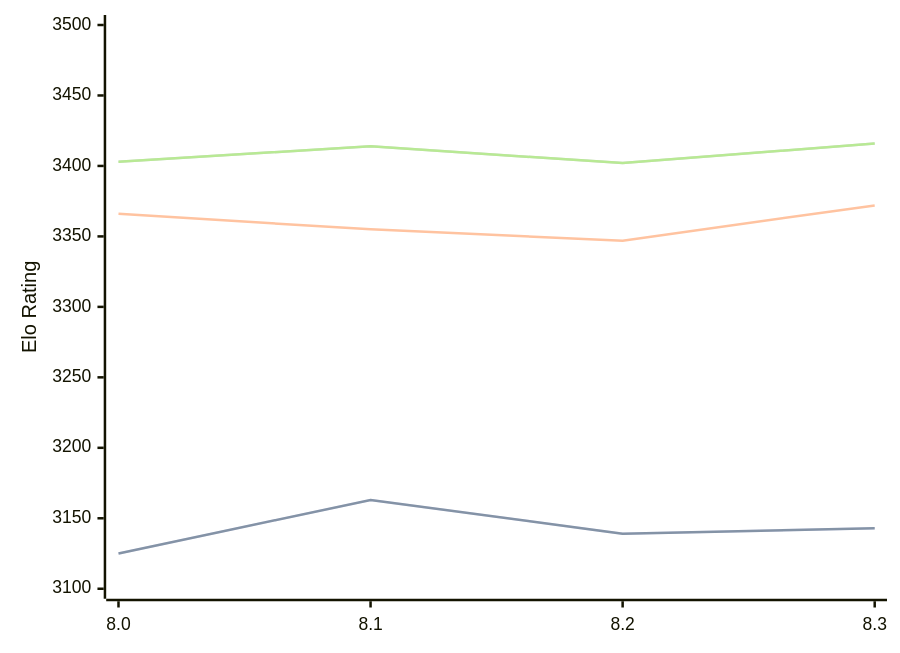
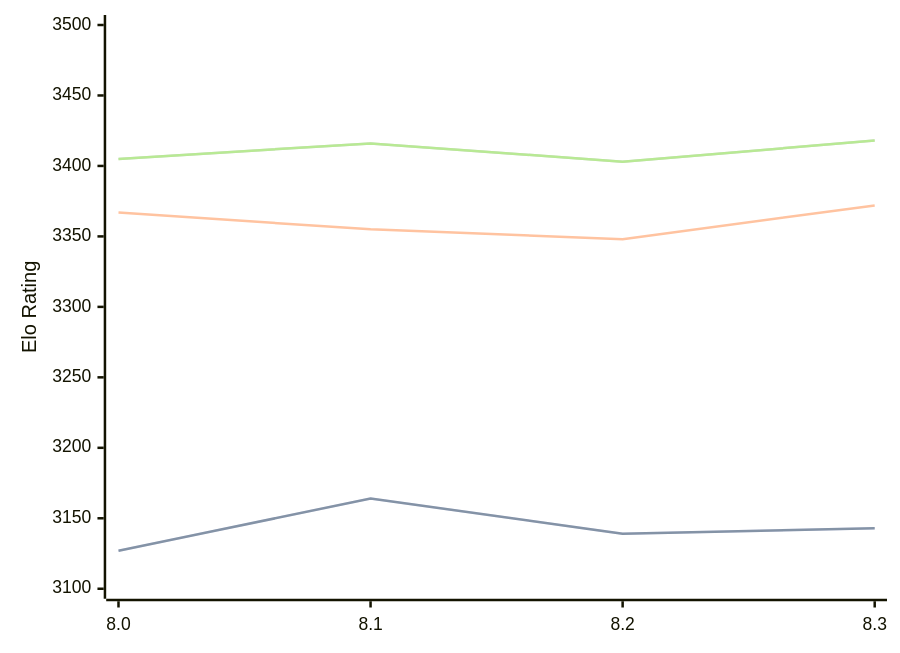
Before and after one commit to computer-chess-index/cci: the diagram in engines/Alexander.md, drawn with Mermaid. The commit also changed other lines of this file, not shown here.

Commit message:
Update CCI Ratings (ELO VLTC) - 2026-07-23

````diff
--- a/engines/Alexander.md
+++ b/engines/Alexander.md
@@ -48,11 +48,11 @@
 ```mermaid
 %%{init: {"theme":"base","themeVariables":{"seriesColors:['#a3a3a3','#222221','#faa371']}}}%%
 xychart-beta
   x-axis ["8.0", "8.1", "8.2", "8.3"]
   y-axis "Elo Rating" 3100 --> 3500
-  line "STC (8.0+0.08s)" [3125, 3163, 3139, 3143]
-  line "STC (8.0+0.08s)" [3125, 3163, 3139, 3143]
-  line "LTC (60.0+0.60s)" [3366, 3355, 3347, 3372]
-  line "VLTC (2m24s+1.12s)" [3403, 3414, 3402, 3416]
-  line "VLTC (2m24s+1.12s)" [3403, 3414, 3402, 3416]
+  line "STC (8.0+0.08s)" [3127, 3164, 3139, 3143]
+  line "STC (8.0+0.08s)" [3127, 3164, 3139, 3143]
+  line "LTC (60.0+0.60s)" [3367, 3355, 3348, 3372]
+  line "VLTC (2m24s+1.12s)" [3405, 3416, 3403, 3418]
+  line "VLTC (2m24s+1.12s)" [3405, 3416, 3403, 3418]
 ```
````
